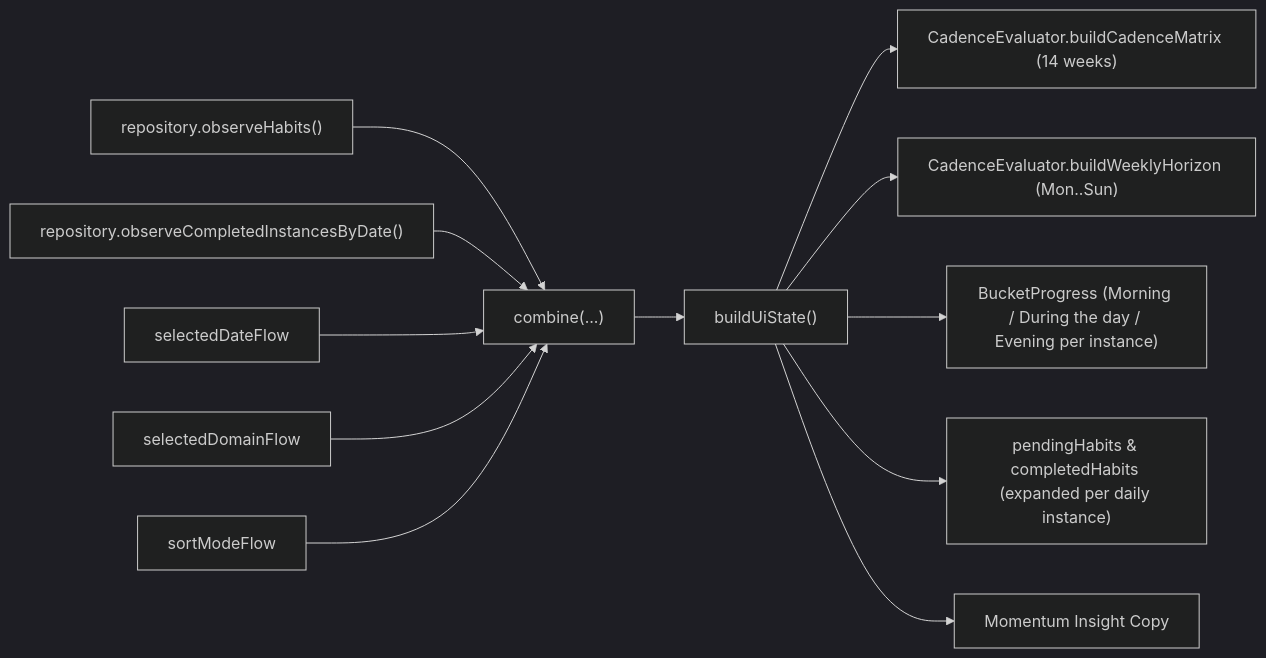
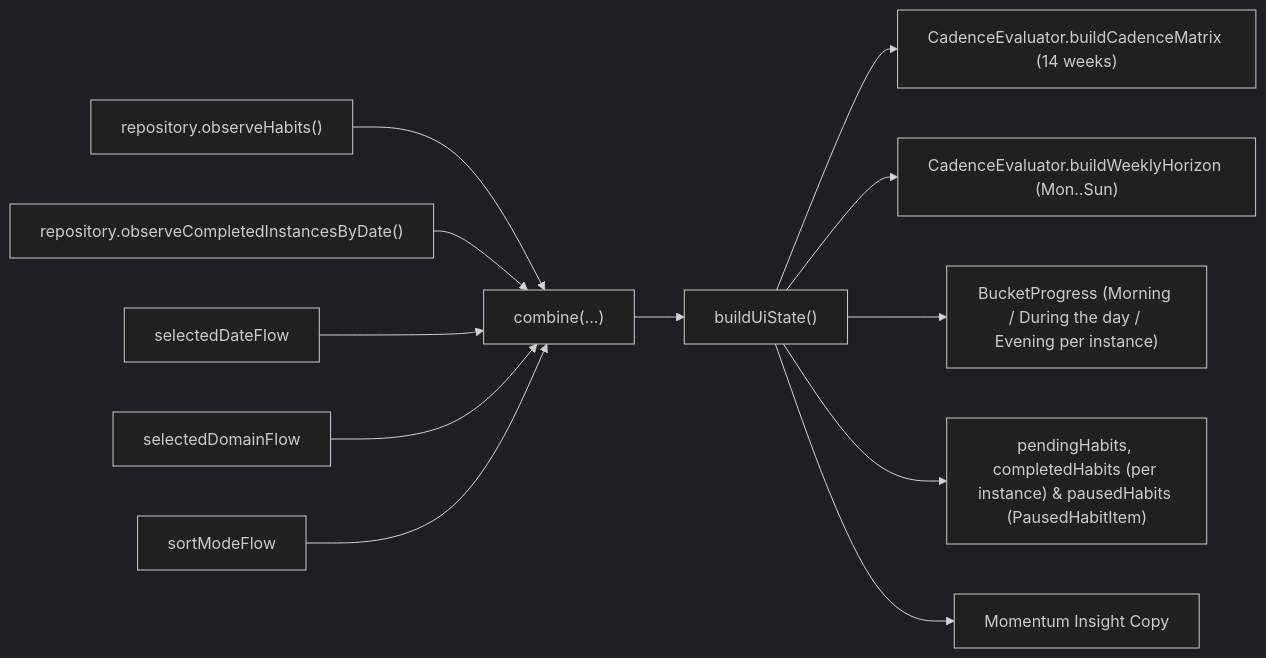
One commit to Vlad2000Andrei/rhythm changed the third of 6 diagrams in docs/architecture.md. Above: the diagram before and after it, drawn with Mermaid (dark theme). The commit also changed other lines of this file and 36 other files, not shown here.

First line of the commit message:
Add effective-dated habit edits, modular Room v5 schema, and habit pausing

````diff
--- a/docs/architecture.md
+++ b/docs/architecture.md
@@ -128,15 +129,15 @@
 ```mermaid
 flowchart LR
     F1["repository.observeHabits()"] --> Combine["combine(...)"]
     F2["repository.observeCompletedInstancesByDate()"] --> Combine
     F3["selectedDateFlow"] --> Combine
     F4["selectedDomainFlow"] --> Combine
     F5["sortModeFlow"] --> Combine
 
     Combine --> Builder["buildUiState()"]
     Builder --> Matrix["CadenceEvaluator.buildCadenceMatrix (14 weeks)"]
     Builder --> Horizon["CadenceEvaluator.buildWeeklyHorizon (Mon..Sun)"]
     Builder --> Buckets["BucketProgress (Morning / During the day / Evening per instance)"]
-    Builder --> Lists["pendingHabits & completedHabits (expanded per daily instance)"]
+    Builder --> Lists["pendingHabits, completedHabits (per instance) & pausedHabits (PausedHabitItem)"]
     Builder --> Momentum["Momentum Insight Copy"]
 ```
````
